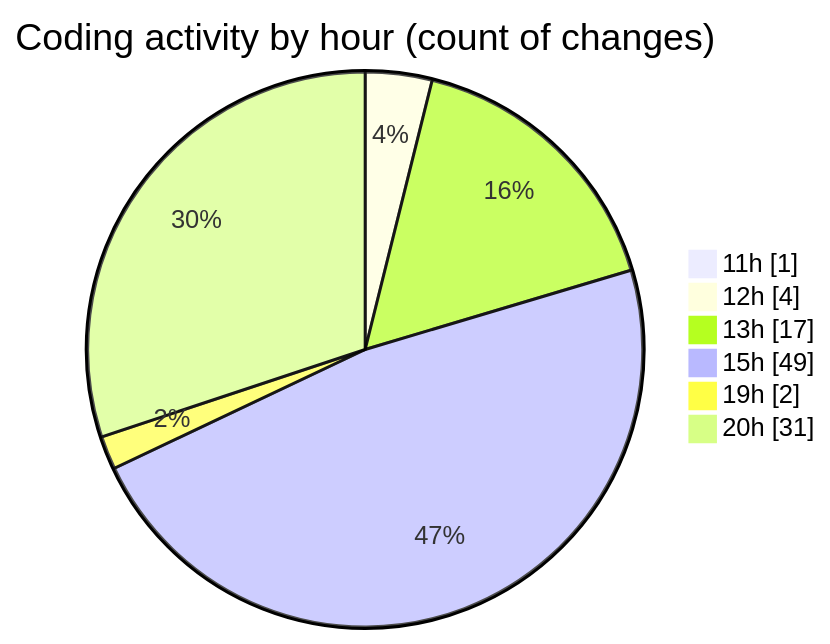
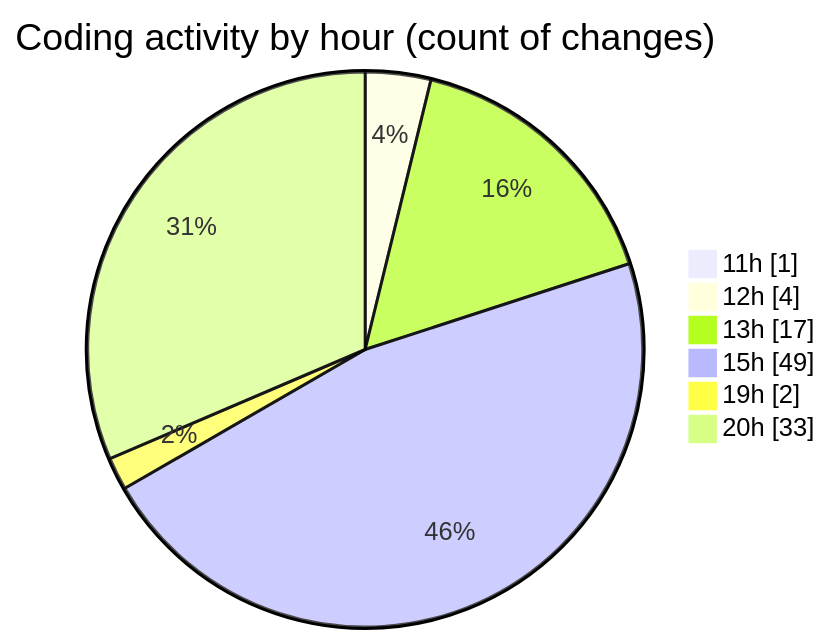
One commit to nxtqubesakshisongat/code-tracking changed the second of 2 diagrams in 2025-09-28/nxtqube_webapp/README.md. Above: the diagram before and after it, drawn with Mermaid. The commit also changed other lines of this file and 1 other file, not shown here.

````diff
--- a/2025-09-28/nxtqube_webapp/README.md
+++ b/2025-09-28/nxtqube_webapp/README.md
@@ -32,10 +32,10 @@
 ```mermaid
 pie showData
 title Coding activity by hour (count of changes)
 "11h" : 1
 "12h" : 4
 "13h" : 17
 "15h" : 49
 "19h" : 2
-"20h" : 31
+"20h" : 33
 ```
````
